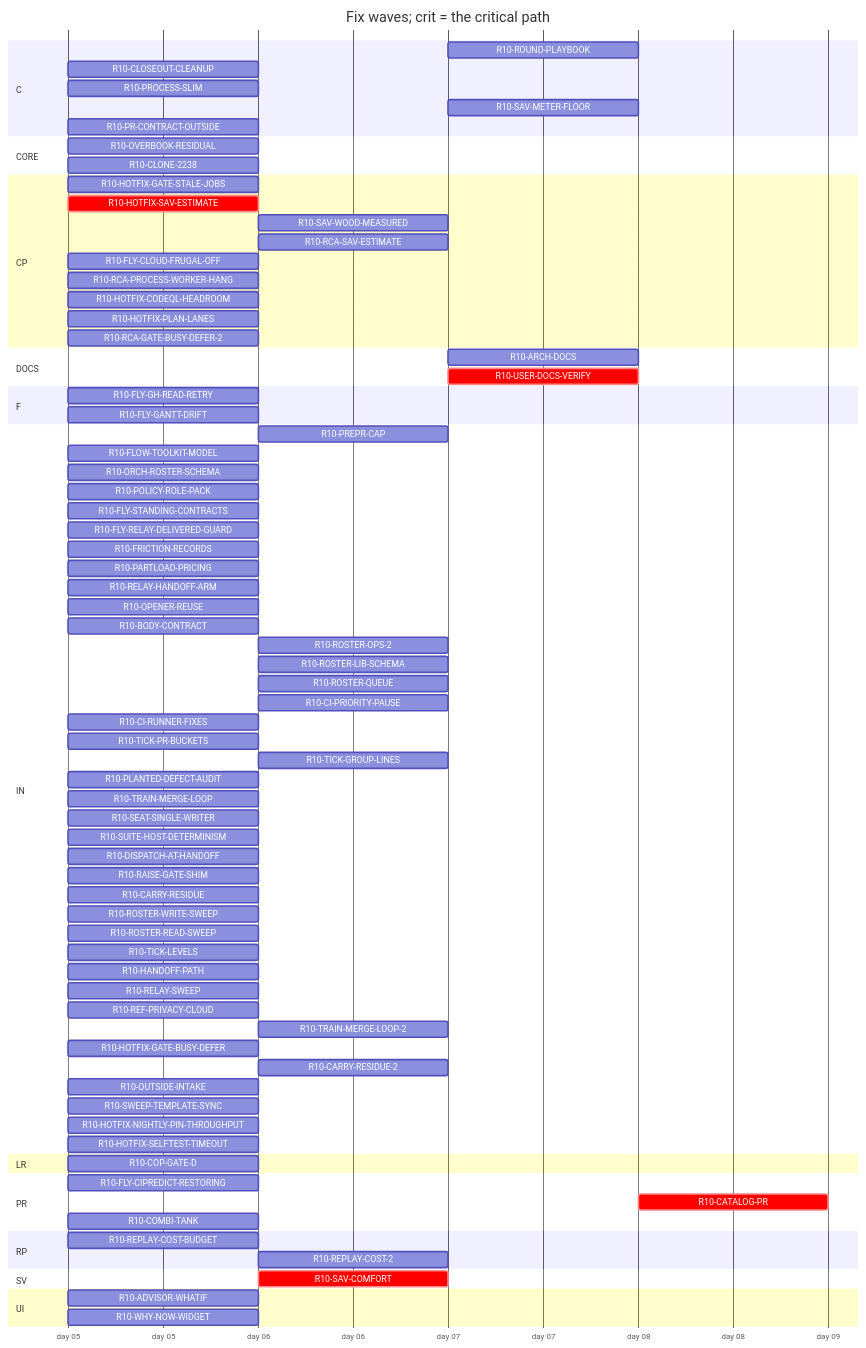
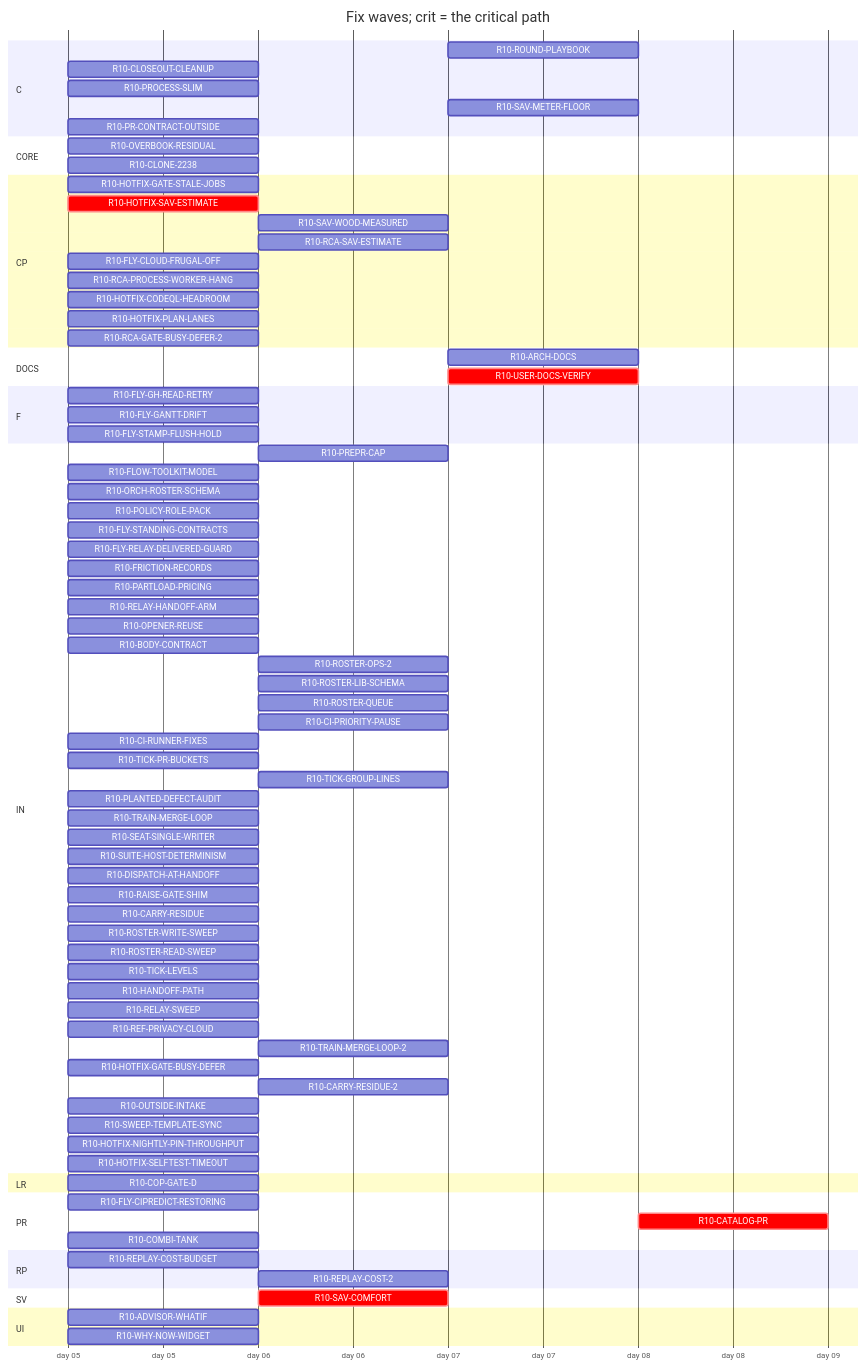
The diagram in handoff/round10/state/PLAN-TABLE.md (tvofi/heatpump_optimizer), drawn with Mermaid before and after one commit. The commit also changed other lines of this file and 4 other files, not shown here.

Commit message:
state: FLOW-BOARD.md, NEXT-SESSION-PROMPT.md, PLAN-TABLE.md, PLAN.html, RESUME-CURRENT.md regenerated (state_docs.py)

```diff
--- a/handoff/round10/state/PLAN-TABLE.md
+++ b/handoff/round10/state/PLAN-TABLE.md
@@ -51,6 +51,7 @@
   section F
     R10-FLY-GH-READ-RETRY :r10FLYGHREADRETRY, 2026-01-05, 1d
     R10-FLY-GANTT-DRIFT :r10FLYGANTTDRIFT, 2026-01-05, 1d
+    R10-FLY-STAMP-FLUSH-HOLD :r10FLYSTAMPFLUSHHOLD, 2026-01-05, 1d
   section IN
     R10-PREPR-CAP :r10PREPRCAP, after r10PROCESSSLIM, 1d
     R10-FLOW-TOOLKIT-MODEL :r10FLOWTOOLKITMODEL, 2026-01-05, 1d
```
